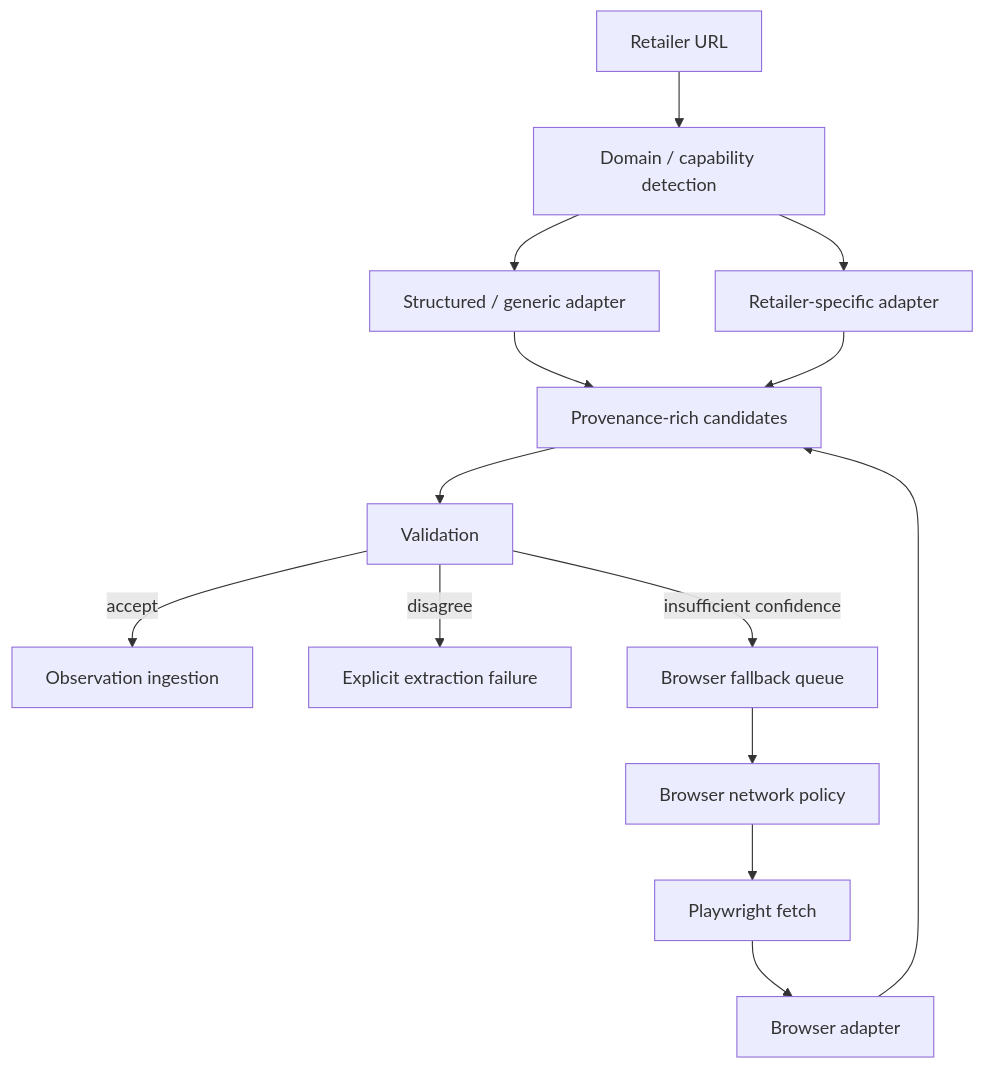
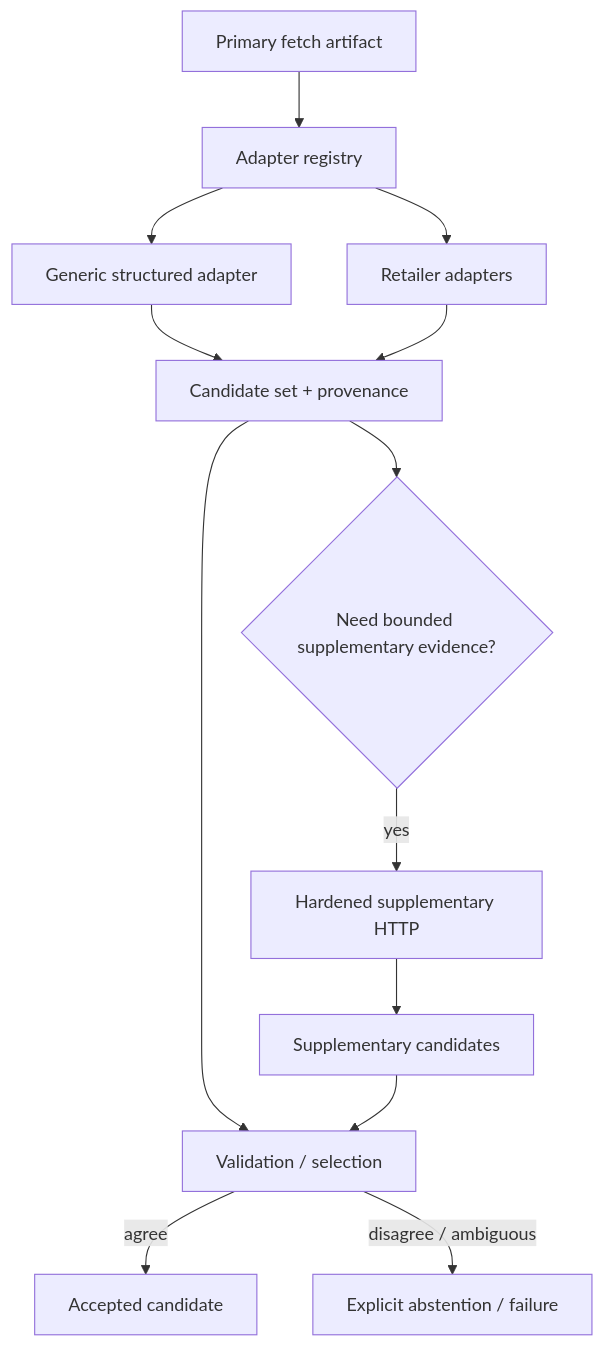
Before and after one commit to Iamanshuaditya/priceintel: the second of 2 diagrams in docs/ARCHITECTURE.md, drawn with Mermaid. The commit also changed other lines of this file, not shown here.

Commit message:
docs: record reliability and market architecture

````diff
--- a/docs/ARCHITECTURE.md
+++ b/docs/ARCHITECTURE.md
@@ -63,16 +59,15 @@
 ```mermaid
 flowchart TD
-  R[Retailer URL] --> D[Domain / capability detection]
-  D --> S[Structured / generic adapter]
-  D --> RA[Retailer-specific adapter]
-  S --> CAND[Provenance-rich candidates]
-  RA --> CAND
-  CAND --> V[Validation]
-  V -->|accept| ING[Observation ingestion]
-  V -->|disagree| F[Explicit extraction failure]
-  V -->|insufficient confidence| BF[Browser fallback queue]
-  BF --> BP[Browser network policy]
-  BP --> PB[Playwright fetch]
-  PB --> BA[Browser adapter]
-  BA --> CAND
+  R[Primary fetch artifact] --> REG[Adapter registry]
+  REG --> G[Generic structured adapter]
+  REG --> RA[Retailer adapters]
+  G --> C[Candidate set + provenance]
+  RA --> C
+  C --> S{Need bounded supplementary evidence?}
+  S -->|yes| SH[Hardened supplementary HTTP]
+  SH --> C2[Supplementary candidates]
+  C --> V[Validation / selection]
+  C2 --> V
+  V -->|agree| A[Accepted candidate]
+  V -->|disagree / ambiguous| E[Explicit abstention / failure]
 ```
````
